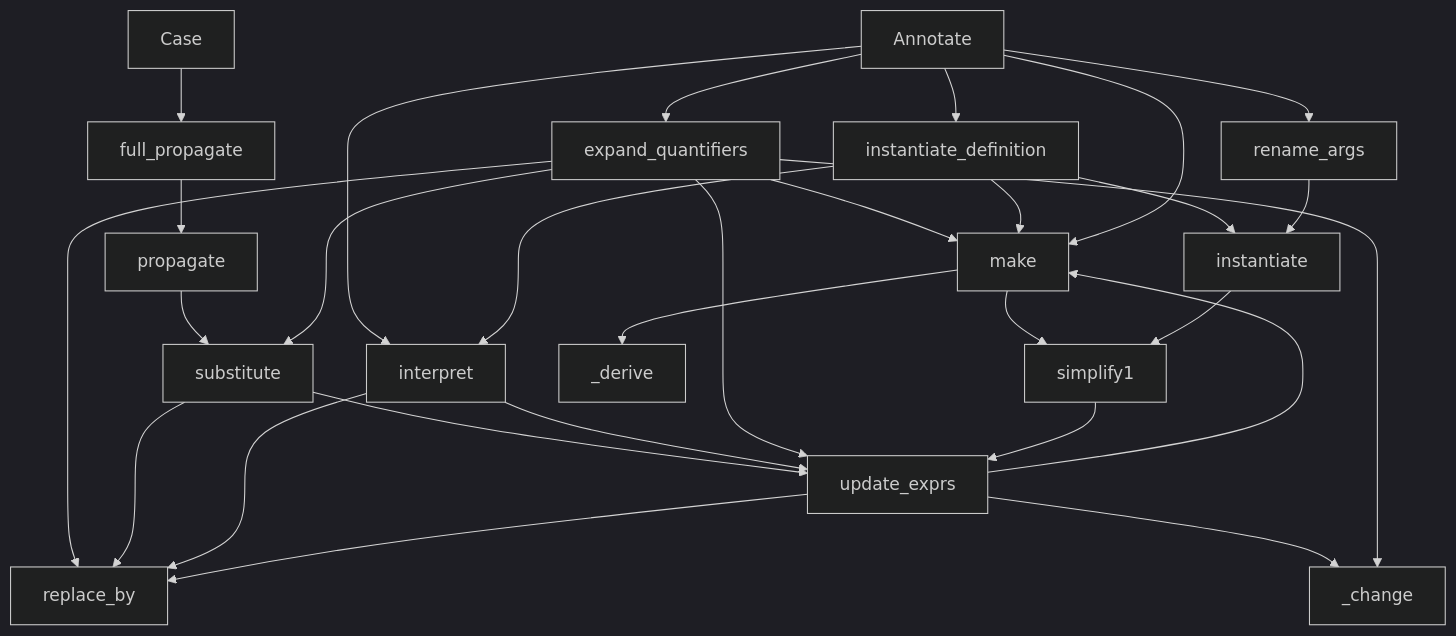
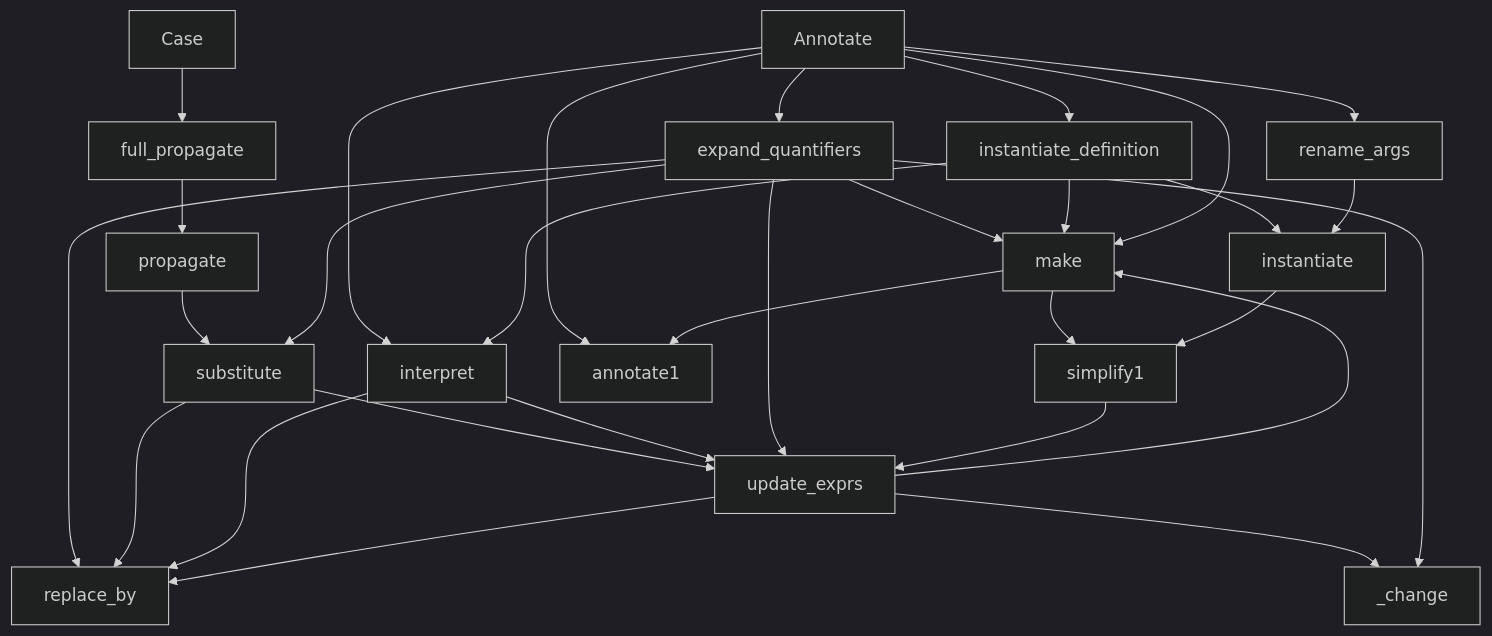
The diagram in zettlr/Substitute.md (Sobhangh/IDP-Z3), drawn with Mermaid (dark theme) before and after one commit. The commit also changed 1 other file, not shown here.

Commit message:
(  _derive -> annotate1 )

````diff
--- a/zettlr/Substitute.md
+++ b/zettlr/Substitute.md
@@ -4,37 +4,38 @@
 ```mermaid
 graph TD
     expand_quantifiers --> make;
     Annotate --> expand_quantifiers;
     Annotate --> interpret;
     Annotate --> instantiate_definition;
     Annotate --> rename_args;
     
     Case --> full_propagate;
     full_propagate --> propagate;
     propagate --> substitute;
     substitute --> update_exprs;
     
     expand_quantifiers --> substitute;
     expand_quantifiers --> replace_by;
     interpret --> update_exprs;
     expand_quantifiers --> update_exprs;
     substitute --> replace_by;
     interpret --> replace_by;
 
     update_exprs --> replace_by;
     update_exprs --> _change;
     update_exprs --> make;
     make --> simplify1;
-    make --> _derive
+    Annotate --> annotate1;
+    make --> annotate1;
     
     expand_quantifiers --> _change;
 
     instantiate_definition --> instantiate;
 		    rename_args --> instantiate;
     instantiate_definition --> interpret;
     instantiate_definition --> make;
     Annotate --> make;
     instantiate --> simplify1;
     simplify1 --> update_exprs;
 
 ```
````
